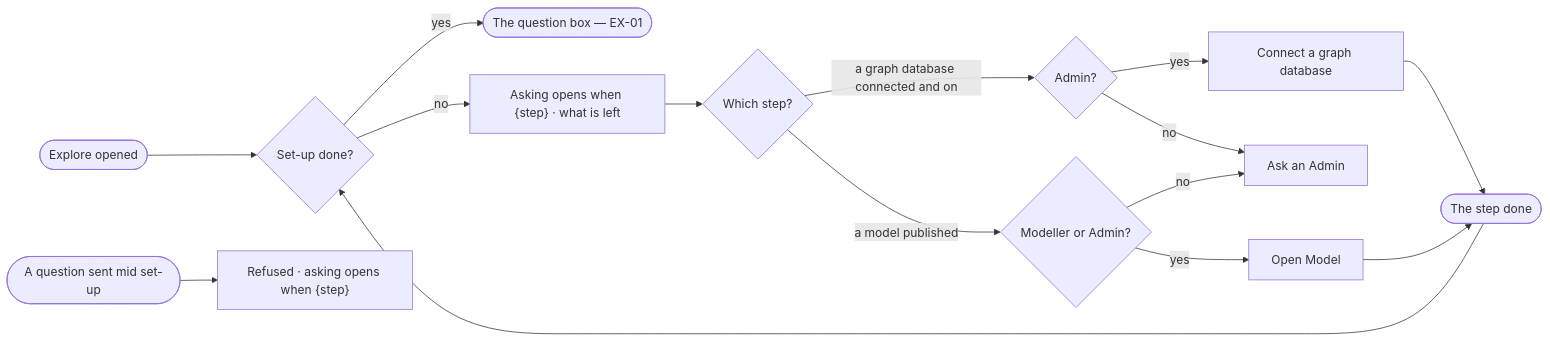
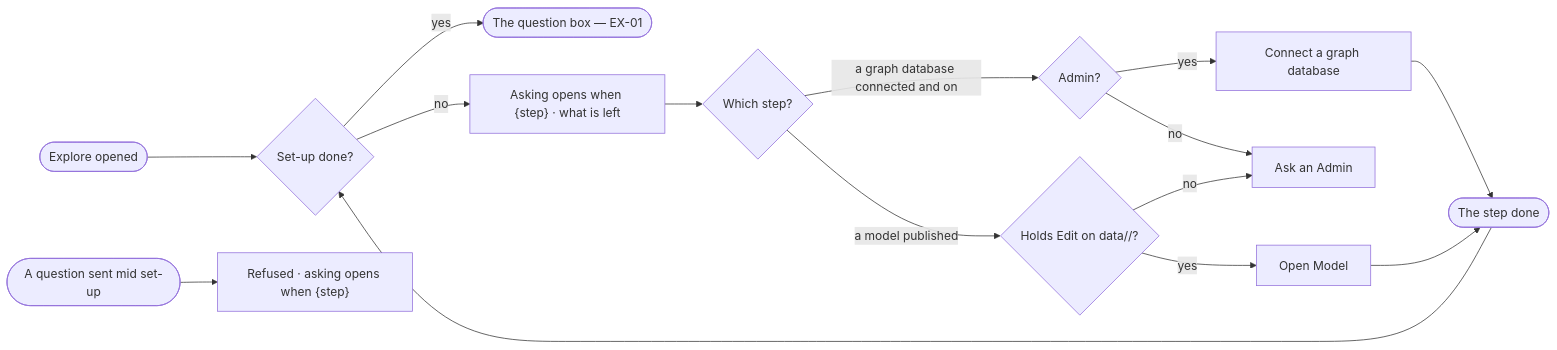
The diagram in specs/capabilities/explore/features/EX-F03-ask-a-question/stories/EX-11-know-what-opens-asking/story.md (invana/invana), drawn with Mermaid before and after one commit. The commit also changed other lines of this file and 228 other files, not shown here.

````diff
--- a/specs/capabilities/explore/features/EX-F03-ask-a-question/stories/EX-11-know-what-opens-asking/story.md
+++ b/specs/capabilities/explore/features/EX-F03-ask-a-question/stories/EX-11-know-what-opens-asking/story.md
@@ -25,14 +25,14 @@
 ```mermaid
 flowchart LR
   a([Explore opened]) --> s{Set-up done?}
   s -->|yes| box(["The question box — EX-01"])
   s -->|no| l["Asking opens when {step} · what is left"]
   l --> st{Which step?}
   st -->|a graph database connected and on| db{Admin?}
   db -->|yes| c["Connect a graph database"] --> done([The step done]) --> s
   db -->|no| ask["Ask an Admin"]
-  st -->|a model published| m{Modeller or Admin?}
+  st -->|a model published| m{"Holds Edit on data/<graph database>/<kind>?"}
   m -->|yes| om["Open Model"] --> done
   m -->|no| ask
   a2([A question sent mid set-up]) --> rf["Refused · asking opens when {step}"]
 ```
````
